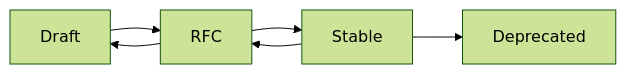
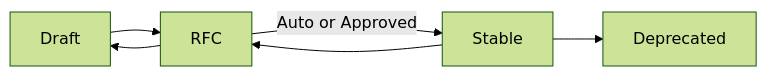
Before and after one commit to teratron/magic-spec: the first of 2 diagrams in .magic/spec.md, drawn with Mermaid (forest theme). The commit also changed other lines of this file and 21 other files, not shown here.

````diff
--- a/.magic/spec.md
+++ b/.magic/spec.md
@@ -66,6 +66,6 @@
 ```mermaid
 graph LR
-    Draft --> RFC --> Stable --> Deprecated
+    Draft --> RFC -- "Auto or Approved" --> Stable --> Deprecated
     RFC --> Draft
     Stable --> RFC
 ```
````
